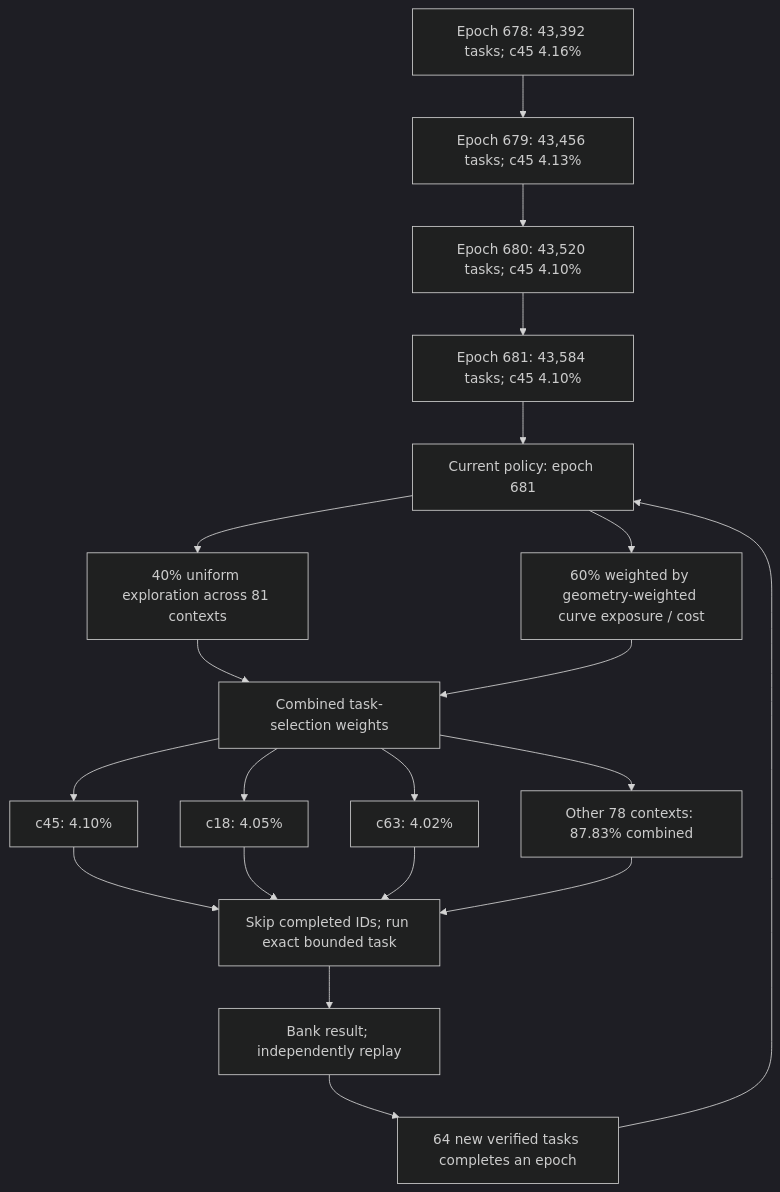
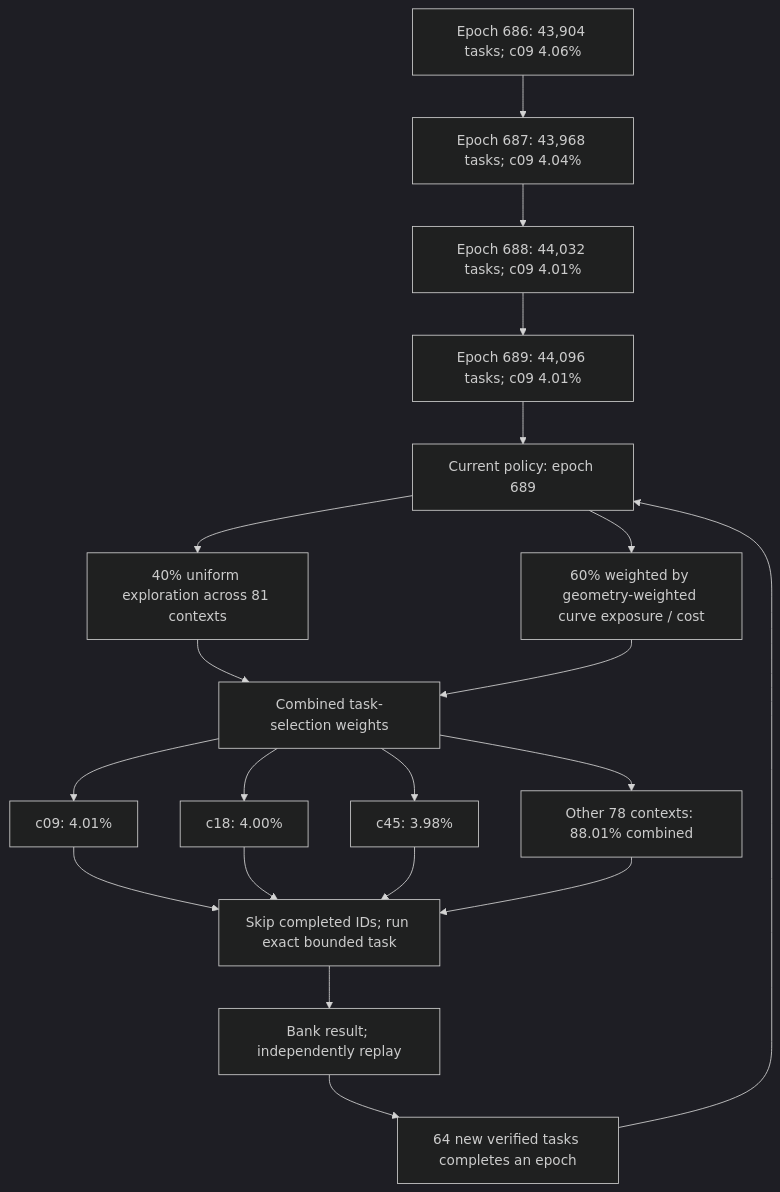
One commit to Kuberwastaken/math-gambling changed the first of 3 diagrams in README.md. Above: the diagram before and after it, drawn with Mermaid (dark theme). The commit also changed other lines of this file and 1139 other files, not shown here.

````diff
--- a/README.md
+++ b/README.md
@@ -55,27 +55,27 @@
 ```mermaid
 flowchart TD
-    H0["Epoch 678: 43,392 tasks; c45 4.16%"]
-    H1["Epoch 679: 43,456 tasks; c45 4.13%"]
+    H0["Epoch 686: 43,904 tasks; c09 4.06%"]
+    H1["Epoch 687: 43,968 tasks; c09 4.04%"]
     H0 --> H1
-    H2["Epoch 680: 43,520 tasks; c45 4.10%"]
+    H2["Epoch 688: 44,032 tasks; c09 4.01%"]
     H1 --> H2
-    H3["Epoch 681: 43,584 tasks; c45 4.10%"]
+    H3["Epoch 689: 44,096 tasks; c09 4.01%"]
     H2 --> H3
-    Policy["Current policy: epoch 681"]
+    Policy["Current policy: epoch 689"]
     H3 --> Policy
     Policy --> Explore["40% uniform exploration across 81 contexts"]
     Policy --> Cost["60% weighted by geometry-weighted curve exposure / cost"]
     Explore --> Mix["Combined task-selection weights"]
     Cost --> Mix
-    Mix --> C0["c45: 4.10%"]
-    Mix --> C1["c18: 4.05%"]
-    Mix --> C2["c63: 4.02%"]
-    Mix --> Rest["Other 78 contexts: 87.83% combined"]
+    Mix --> C0["c09: 4.01%"]
+    Mix --> C1["c18: 4.00%"]
+    Mix --> C2["c45: 3.98%"]
+    Mix --> Rest["Other 78 contexts: 88.01% combined"]
     C0 --> Check["Skip completed IDs; run exact bounded task"]
     C1 --> Check
     C2 --> Check
     Rest --> Check
     Check --> Replay["Bank result; independently replay"]
     Replay --> Gate["64 new verified tasks completes an epoch"]
     Gate --> Policy
 ```
````
